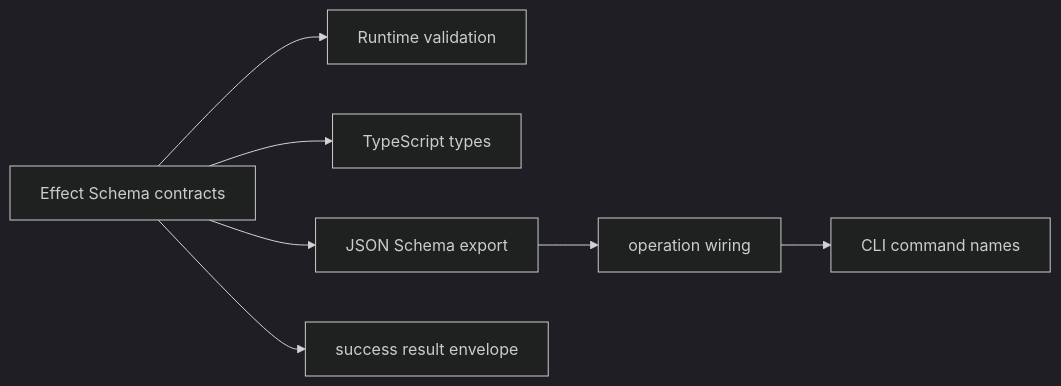
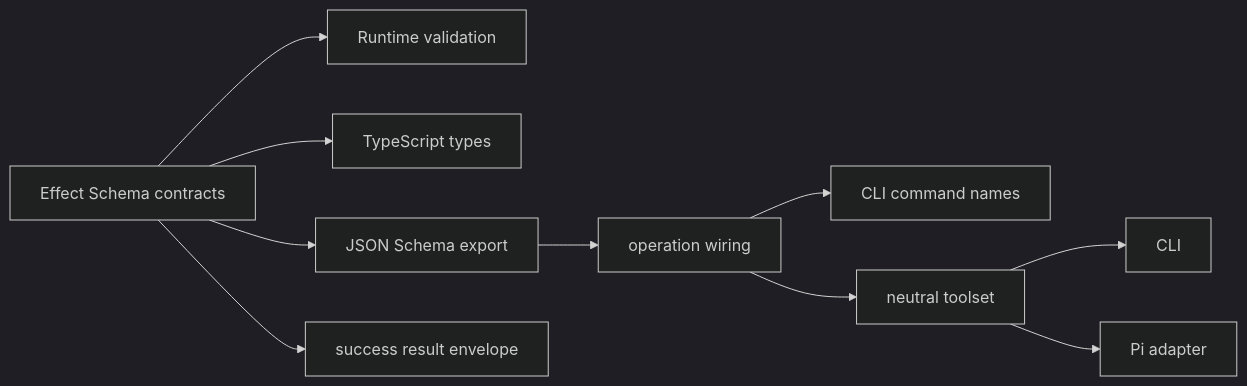
The second of 2 diagrams in ARCHITECTURE.md (cpaikr/kasb), drawn with Mermaid (dark theme) before and after one commit. The commit also changed other lines of this file and 21 other files, not shown here.

````diff
--- a/ARCHITECTURE.md
+++ b/ARCHITECTURE.md
@@ -76,9 +87,12 @@
 ```mermaid
 graph LR
     CONTRACT["Effect Schema contracts"] --> VALIDATE["Runtime validation"]
     CONTRACT --> TS["TypeScript types"]
     CONTRACT --> SPEC["JSON Schema export"]
     SPEC --> APP["operation wiring"]
     APP --> CLI_META["CLI command names"]
     CONTRACT --> RESULT["success result envelope"]
+    APP --> TOOLSET["neutral toolset"]
+    TOOLSET --> CLI["CLI"]
+    TOOLSET --> PI["Pi adapter"]
 ```
````
